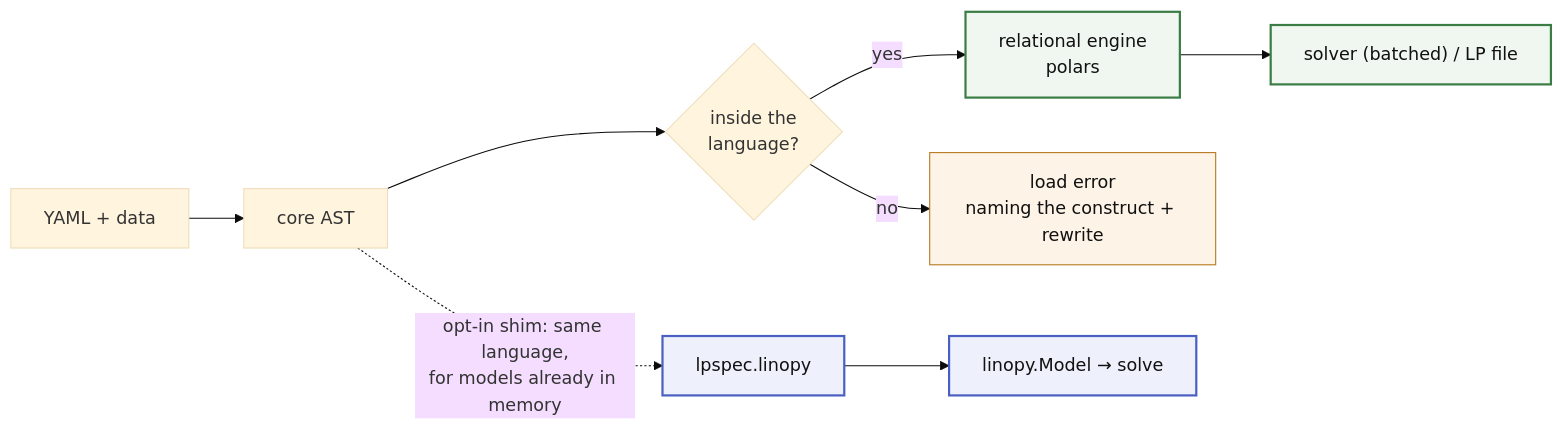
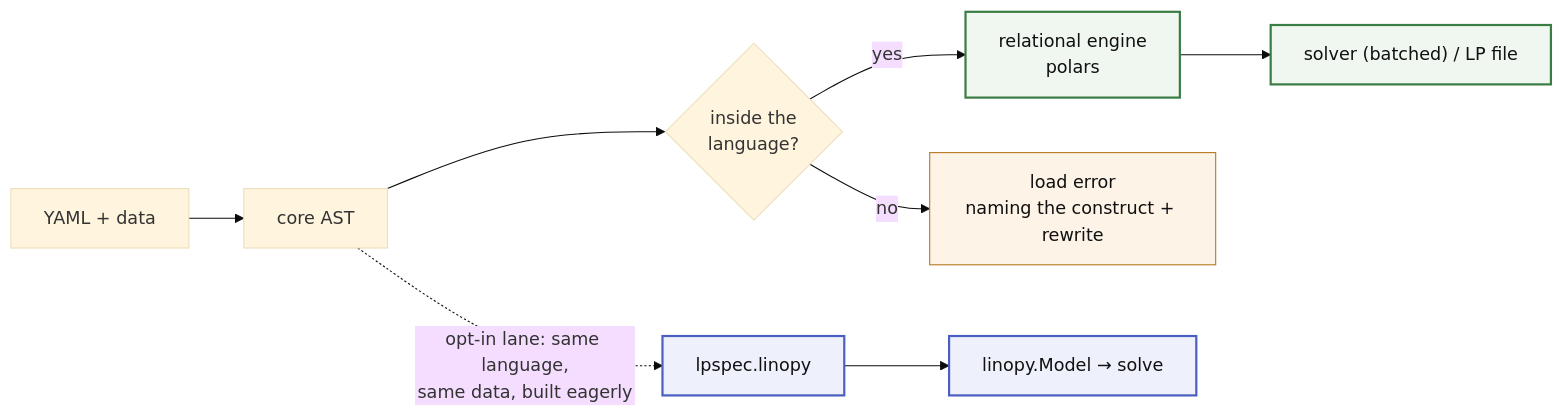
The diagram in README.md (FBumann/linopy-yaml), drawn with Mermaid (base theme) before and after one commit. The commit also changed other lines of this file and 17 other files, not shown here.

````diff
--- a/README.md
+++ b/README.md
@@ -37,17 +37,17 @@
 ```mermaid
 flowchart LR
     Y["YAML + data"] --> AST["core AST"]
     AST --> R{"inside the<br/>language?"}
     R -->|"yes"| S["relational engine<br/>polars"]
     S --> OUT["solver (batched) / LP file"]
     R -->|"no"| ERR["load error<br/>naming the construct + rewrite"]
-    AST -.->|"opt-in shim: same language,<br/>for models already in memory"| E["lpspec.linopy"]
+    AST -.->|"opt-in lane: same language,<br/>same data, built eagerly"| E["lpspec.linopy"]
     E --> LS["linopy.Model → solve"]
 
     classDef stream fill:#f0f7f0,stroke:#3a7d44,stroke-width:2px,color:#111
     classDef linopylane fill:#eef1fb,stroke:#4a5fc1,stroke-width:2px,color:#111
     class S,OUT stream
     class E,LS linopylane
     class ERR err
     classDef err fill:#fdf3e7,stroke:#b7791f,color:#111
 ```
````
